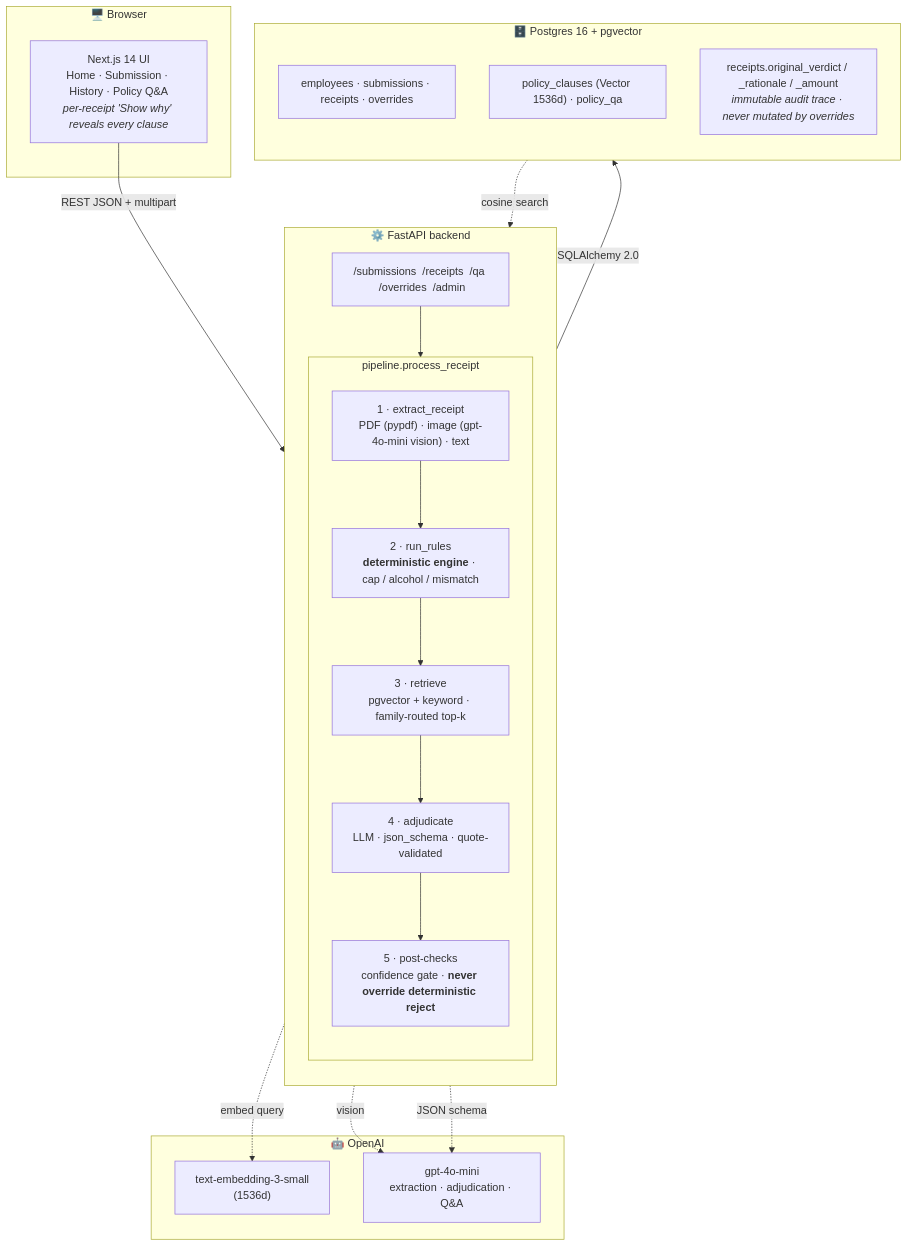
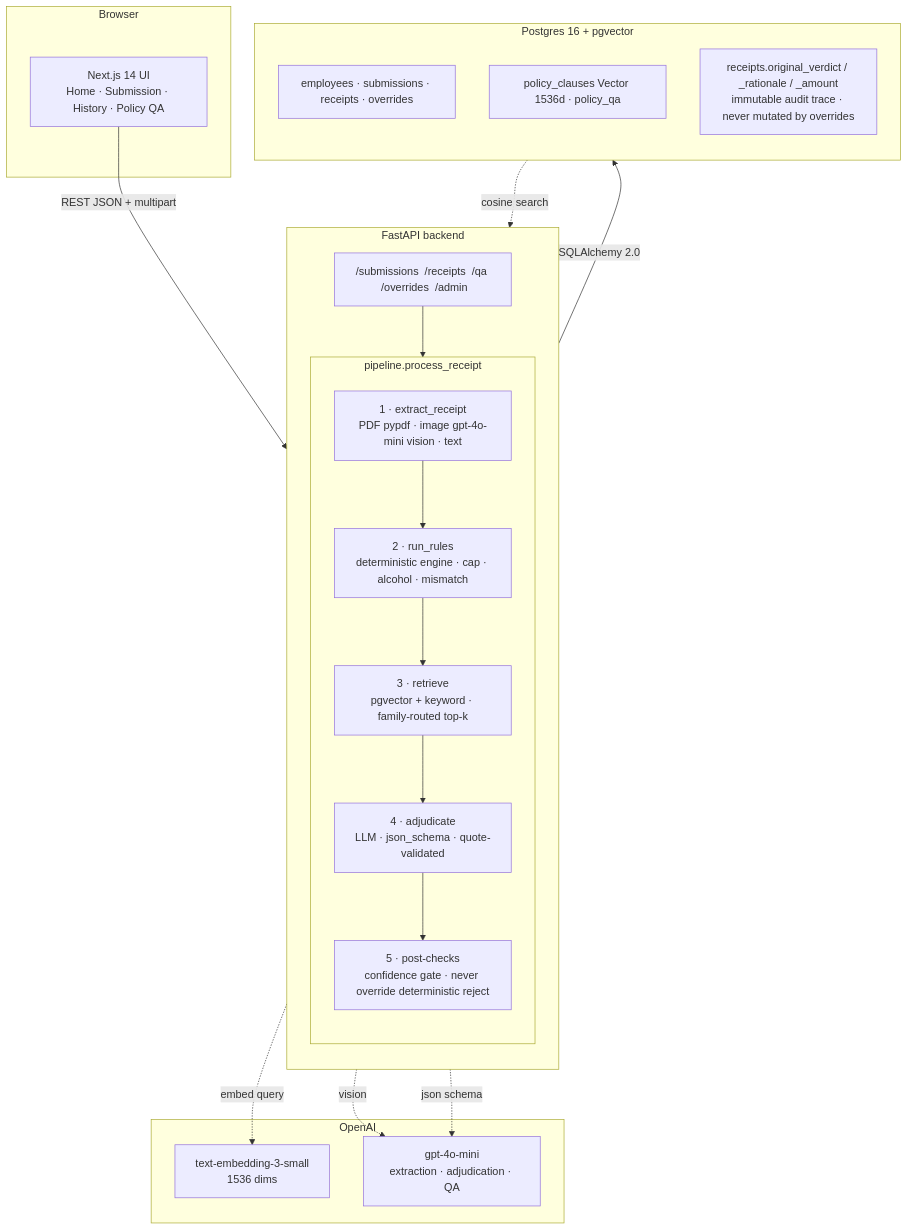
Before and after one commit to singh7985/northwind-reviewer-copilot: the diagram in README.md, drawn with Mermaid. The commit also changed other lines of this file, not shown here.

Commit message:
fix(readme): mermaid parse errors — drop &/parens/<i>/<b>/single-quotes
GitHub's Mermaid renderer is stricter than mermaid.live:
- '&' inside node labels (Q&A) breaks parsing → use 'QA' in labels, keep
  Q&A in surrounding prose.
- Parentheses inside labels can trip the tokenizer → flattened with ·.
- <i>/<b> HTML tags aren't reliable across the GitHub renderer.
- Single quotes inside double-quoted labels are unsafe → removed.
- Emoji in subgraph titles render inconsistently → moved to prose.

The diagram now renders cleanly on github.com.

````diff
--- a/README.md
+++ b/README.md
@@ -50,40 +50,40 @@
 ```mermaid
 flowchart TB
-    subgraph Client["🖥️  Browser"]
-        UI["Next.js 14 UI<br/>Home · Submission · History · Policy Q&A<br/><i>per-receipt 'Show why' reveals every clause</i>"]
+    subgraph Client["Browser"]
+        UI["Next.js 14 UI<br/>Home · Submission · History · Policy QA"]
     end
 
-    subgraph API["⚙️  FastAPI backend"]
+    subgraph API["FastAPI backend"]
         direction TB
         Routes["/submissions  /receipts  /qa  /overrides  /admin"]
         subgraph Pipeline["pipeline.process_receipt"]
             direction TB
-            S1["1 · extract_receipt<br/>PDF (pypdf) · image (gpt-4o-mini vision) · text"]
-            S2["2 · run_rules<br/><b>deterministic engine</b> · cap / alcohol / mismatch"]
+            S1["1 · extract_receipt<br/>PDF pypdf · image gpt-4o-mini vision · text"]
+            S2["2 · run_rules<br/>deterministic engine · cap · alcohol · mismatch"]
             S3["3 · retrieve<br/>pgvector + keyword · family-routed top-k"]
             S4["4 · adjudicate<br/>LLM · json_schema · quote-validated"]
-            S5["5 · post-checks<br/>confidence gate · <b>never override deterministic reject</b>"]
+            S5["5 · post-checks<br/>confidence gate · never override deterministic reject"]
             S1 --> S2 --> S3 --> S4 --> S5
         end
         Routes --> Pipeline
     end
 
-    subgraph DB["🗄️  Postgres 16 + pgvector"]
+    subgraph DB["Postgres 16 + pgvector"]
         direction TB
         T1["employees · submissions · receipts · overrides"]
-        T2["policy_clauses (Vector 1536d) · policy_qa"]
-        T3["receipts.original_verdict / _rationale / _amount<br/><i>immutable audit trace · never mutated by overrides</i>"]
+        T2["policy_clauses Vector 1536d · policy_qa"]
+        T3["receipts.original_verdict / _rationale / _amount<br/>immutable audit trace · never mutated by overrides"]
     end
 
-    subgraph LLM["🤖  OpenAI"]
-        E["text-embedding-3-small<br/>(1536d)"]
-        M["gpt-4o-mini<br/>extraction · adjudication · Q&A"]
+    subgraph LLM["OpenAI"]
+        E["text-embedding-3-small<br/>1536 dims"]
+        M["gpt-4o-mini<br/>extraction · adjudication · QA"]
     end
 
-    UI -->|"REST JSON + multipart"| Routes
+    UI -->|REST JSON + multipart| Routes
     S1 -.->|vision| M
     S3 -.->|embed query| E
-    S4 -.->|JSON schema| M
-    Pipeline -->|"SQLAlchemy 2.0"| DB
+    S4 -.->|json schema| M
+    Pipeline -->|SQLAlchemy 2.0| DB
     DB -.->|cosine search| S3
 ```
````
